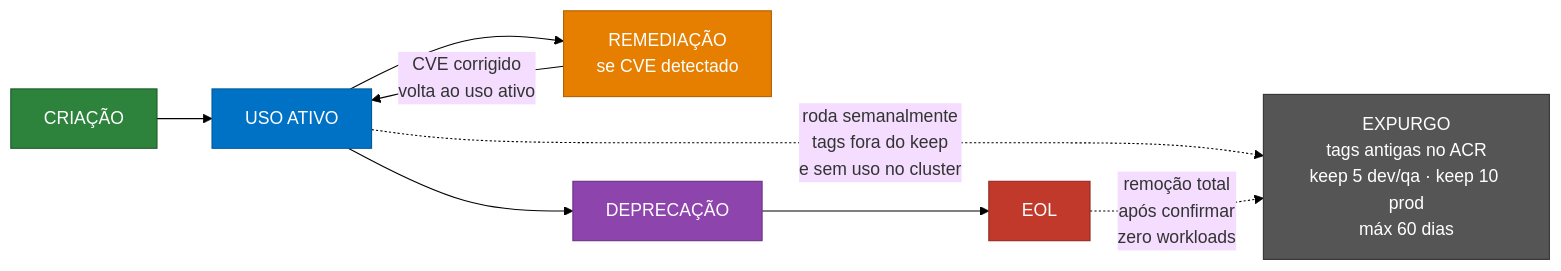
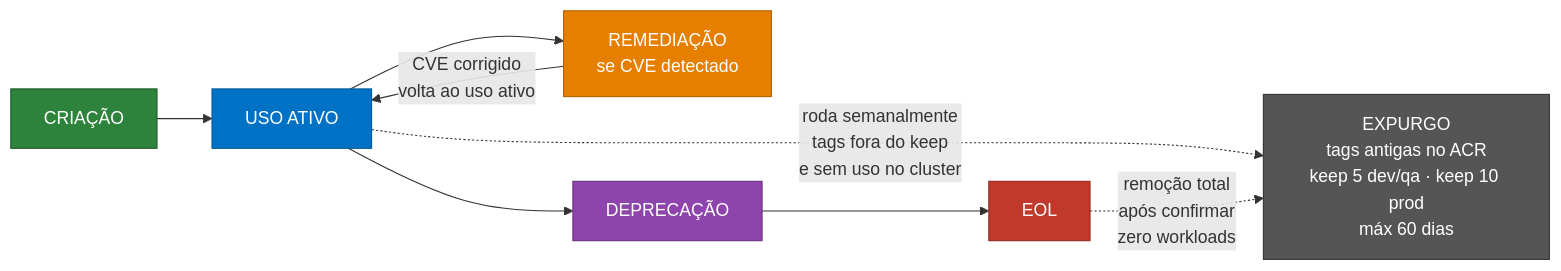
The second of 3 diagrams in image-lifecycle.md (welbsterhansi/renovate), drawn with Mermaid before and after one commit. The commit also changed other lines of this file, not shown here.

Commit message:
Fix Mermaid diagrams: use theme default for white background.

````diff
--- a/image-lifecycle.md
+++ b/image-lifecycle.md
@@ -136,26 +136,26 @@
 ```mermaid
-%%{init: {'theme': 'base', 'themeVariables': {'background': '#ffffff', 'primaryBackground': '#ffffff'}}}%%
+%%{init: {'theme': 'default'}}%%
 flowchart LR
     C["CRIAÇÃO"]
     U["USO ATIVO"]
     R["REMEDIAÇÃO\nse CVE detectado"]
     D["DEPRECAÇÃO"]
     E["EOL"]
     EXP["EXPURGO\ntags antigas no ACR\nkeep 5 dev/qa · keep 10 prod\nmáx 60 dias"]
 
     C --> U
     U --> R
     R -->|"CVE corrigido\nvolta ao uso ativo"| U
     U --> D
     D --> E
 
     U -. "roda semanalmente\ntags fora do keep\ne sem uso no cluster" .-> EXP
     E -. "remoção total\napós confirmar\nzero workloads" .-> EXP
 
     style C fill:#2d833b,color:#fff,stroke:#1a5c28
     style U fill:#0072c6,color:#fff,stroke:#005a9e
     style R fill:#e67e00,color:#fff,stroke:#b36200
     style D fill:#8e44ad,color:#fff,stroke:#6c3483
     style E fill:#c0392b,color:#fff,stroke:#922b21
     style EXP fill:#555,color:#fff,stroke:#333
 ```
````
